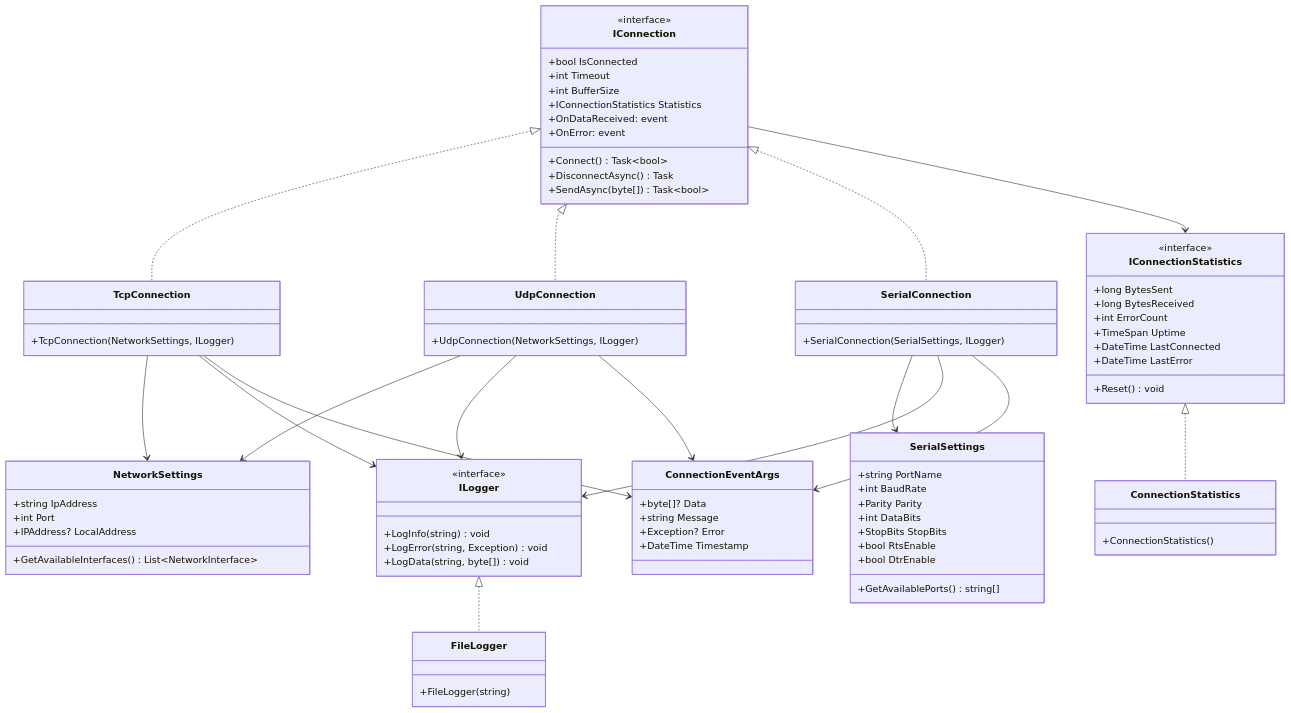
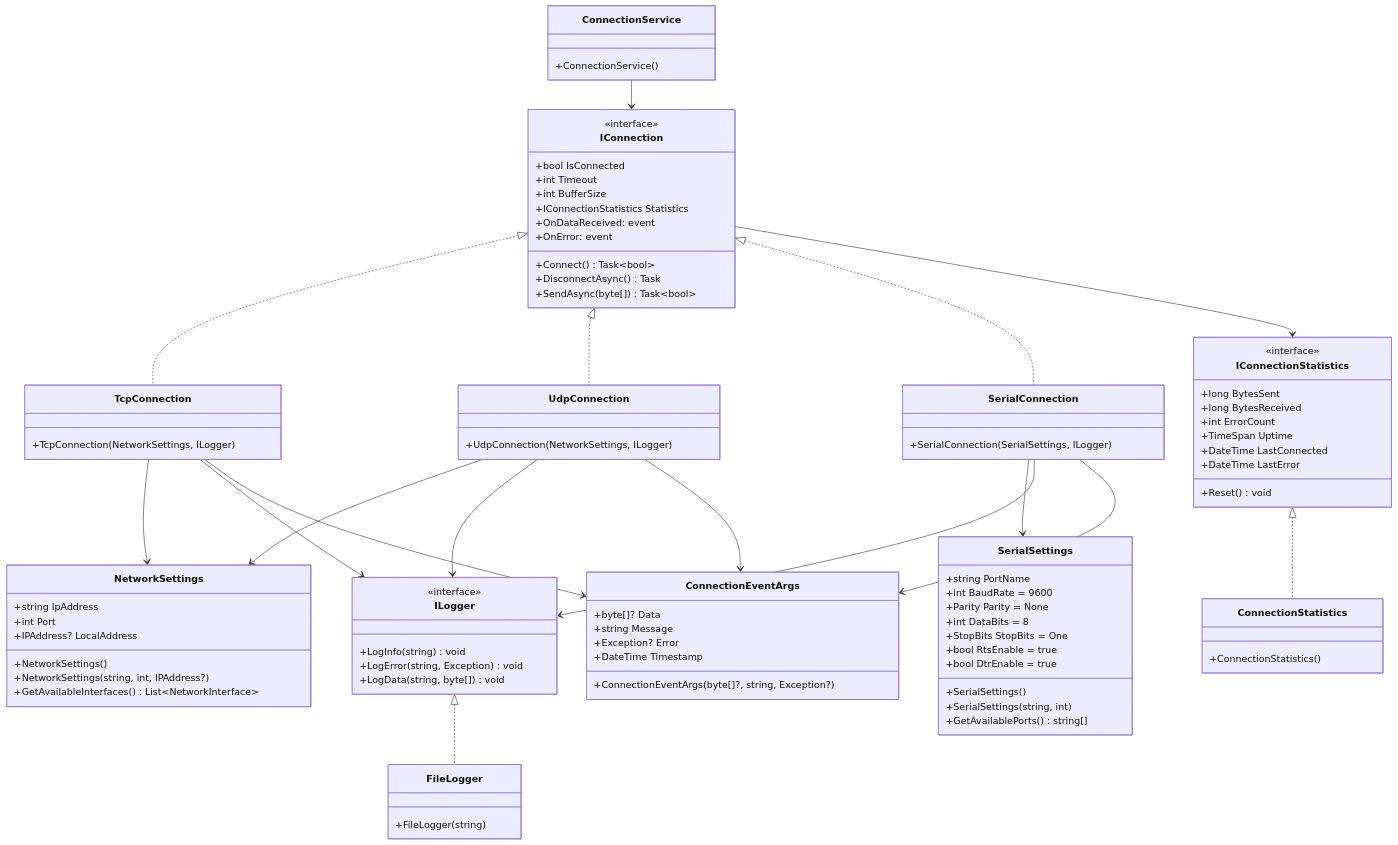
One commit to piyopiyo5/241116_WinApp changed the diagram in WpfApp1/README.md. Above: the diagram before and after it, drawn with Mermaid. The commit also changed other lines of this file, not shown here.

````diff
--- a/WpfApp1/README.md
+++ b/WpfApp1/README.md
@@ -52,17 +52,21 @@
         +string IpAddress
         +int Port
         +IPAddress? LocalAddress
+        +NetworkSettings()
+        +NetworkSettings(string, int, IPAddress?)
         +GetAvailableInterfaces() List~NetworkInterface~
     }
     
     class SerialSettings {
         +string PortName
-        +int BaudRate
-        +Parity Parity
-        +int DataBits
-        +StopBits StopBits
-        +bool RtsEnable
-        +bool DtrEnable
+        +int BaudRate = 9600
+        +Parity Parity = None
+        +int DataBits = 8
+        +StopBits StopBits = One
+        +bool RtsEnable = true
+        +bool DtrEnable = true
+        +SerialSettings()
+        +SerialSettings(string, int)
         +GetAvailablePorts() string[]
     }
     
@@ -71,6 +75,7 @@
         +string Message
         +Exception? Error
         +DateTime Timestamp
+        +ConnectionEventArgs(byte[]?, string, Exception?)
     }
     
     class TcpConnection {
@@ -92,6 +97,10 @@
     class ConnectionStatistics {
         +ConnectionStatistics()
     }
+
+    class ConnectionService {
+        +ConnectionService()
+    }
     
     IConnection <|.. TcpConnection
     IConnection <|.. UdpConnection
@@ -108,4 +117,5 @@
     TcpConnection --> ConnectionEventArgs
     UdpConnection --> ConnectionEventArgs
     SerialConnection --> ConnectionEventArgs
+    ConnectionService --> IConnection
 ```
````
